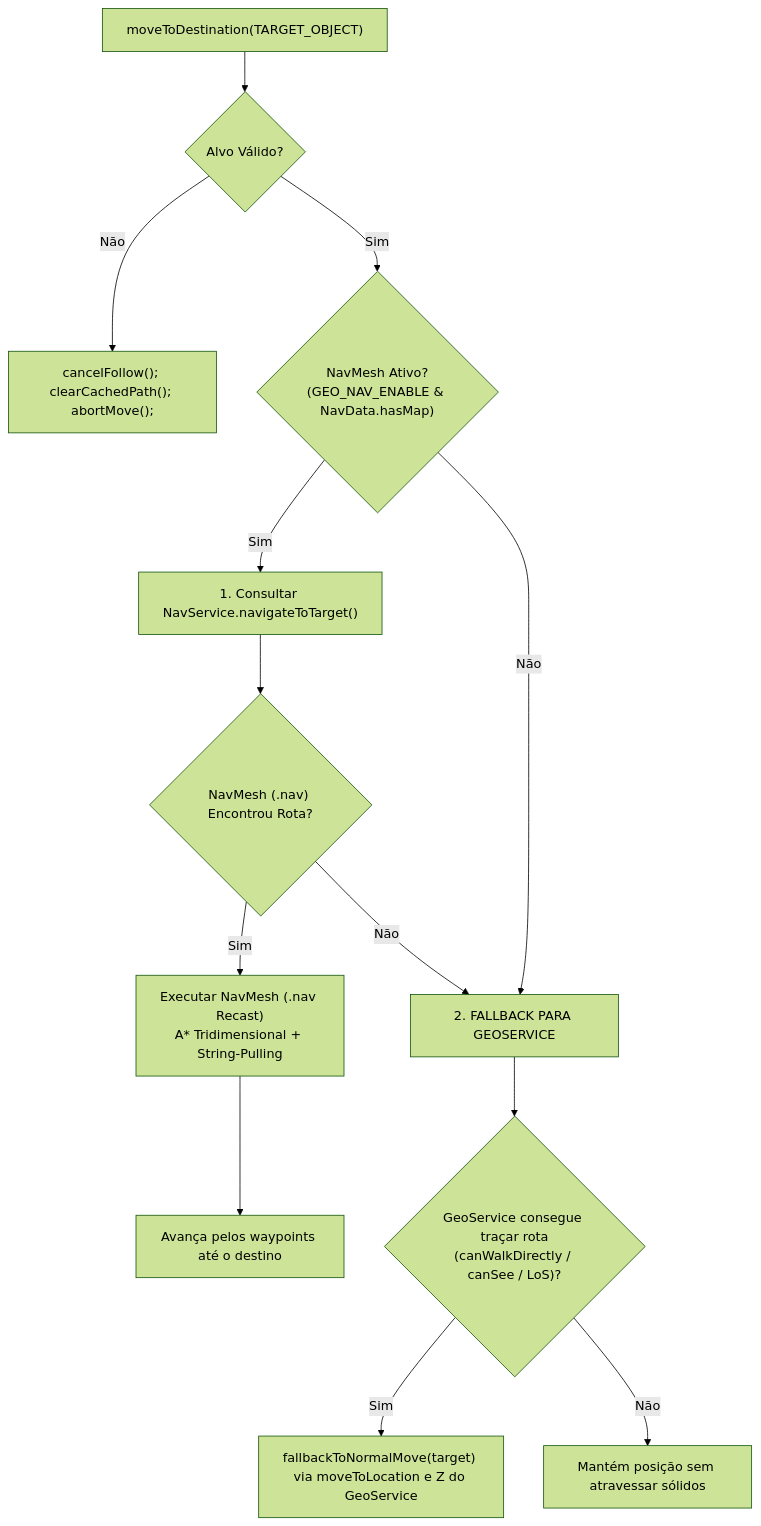
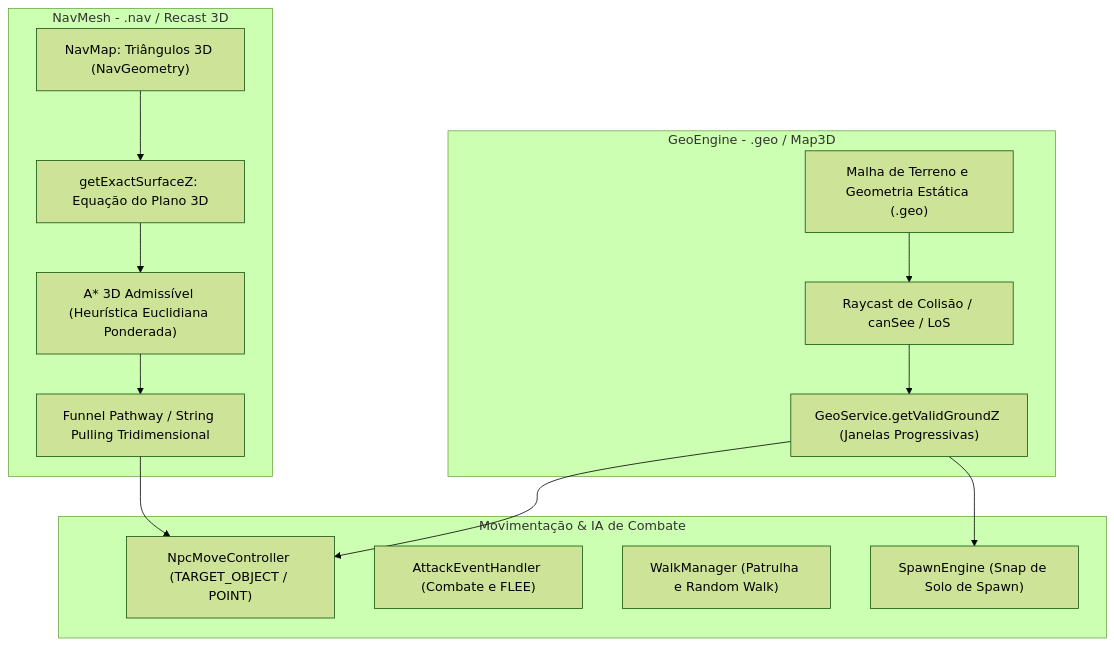
Before and after one commit to kamidaki/aion-classic-5.0: the diagram in Código Fonte - Emulador/game-server/src/com/aionemu/gameserver/controllers/movement/README.md, drawn with Mermaid (forest theme). The commit also changed other lines of this file and 19 other files, not shown here.

````diff
--- a/Código Fonte - Emulador/game-server/src/com/aionemu/gameserver/controllers/movement/README.md
+++ b/Código Fonte - Emulador/game-server/src/com/aionemu/gameserver/controllers/movement/README.md
@@ -7,19 +11,32 @@
 ```mermaid
 flowchart TD
-    Start["moveToDestination(TARGET_OBJECT)"] --> CheckTarget{"Alvo Válido?"}
-    CheckTarget -- Não --> Cancel["cancelFollow(); clearCachedPath(); abortMove();"]
-    CheckTarget -- Sim --> CheckNav{"NavMesh Ativo?<br/>(GEO_NAV_ENABLE & NavData.hasMap)"}
+    subgraph GeoEngine [GeoEngine - .geo / Map3D]
+        Terrain["Malha de Terreno e Geometria Estática (.geo)"]
+        CollisionRaycast["Raycast de Colisão / canSee / LoS"]
+        ValidGroundZ["GeoService.getValidGroundZ (Janelas Progressivas)"]
+    end
 
-    %% CAMADA 1: NAVMESH (.NAV)
-    CheckNav -- Sim --> NavQuery["1. Consultar NavService.navigateToTarget()"]
-    NavQuery --> NavSuccess{"NavMesh (.nav) Encontrou Rota?"}
-    NavSuccess -- Sim --> ExecNav["Executar NavMesh (.nav Recast)<br/>A* Tridimensional + String-Pulling"]
-    ExecNav --> Finish["Avança pelos waypoints até o destino"]
+    subgraph NavMesh [NavMesh - .nav / Recast 3D]
+        NavMap["NavMap: Triângulos 3D (NavGeometry)"]
+        ExactPlaneZ["getExactSurfaceZ: Equação do Plano 3D"]
+        AStar3D["A* 3D Admissível (Heurística Euclidiana Ponderada)"]
+        Funnel["Funnel Pathway / String Pulling Tridimensional"]
+    end
 
-    %% CAMADA 2: FALLBACK GEOSERVICE (Vanilla / Colisão Física)
-    CheckNav -- Não --> TryGeo["2. FALLBACK PARA GEOSERVICE"]
-    NavSuccess -- Não --> TryGeo
-    TryGeo --> GeoCheck{"GeoService consegue traçar rota<br/>(canWalkDirectly / canSee / LoS)?"}
-    GeoCheck -- Sim --> ExecGeo["fallbackToNormalMove(target) via moveToLocation e Z do GeoService"]
-    GeoCheck -- Não --> Abort["Mantém posição sem atravessar sólidos"]
+    subgraph Controllers [Movimentação & IA de Combate]
+        NpcMove["NpcMoveController (TARGET_OBJECT / POINT)"]
+        AttackHandler["AttackEventHandler (Combate e FLEE)"]
+        WalkMgr["WalkManager (Patrulha e Random Walk)"]
+        SpawnEng["SpawnEngine (Snap de Solo de Spawn)"]
+    end
+
+    NavMap --> ExactPlaneZ
+    ExactPlaneZ --> AStar3D
+    AStar3D --> Funnel
+    Funnel --> NpcMove
+
+    Terrain --> CollisionRaycast
+    CollisionRaycast --> ValidGroundZ
+    ValidGroundZ --> NpcMove
+    ValidGroundZ --> SpawnEng
 ```
````
